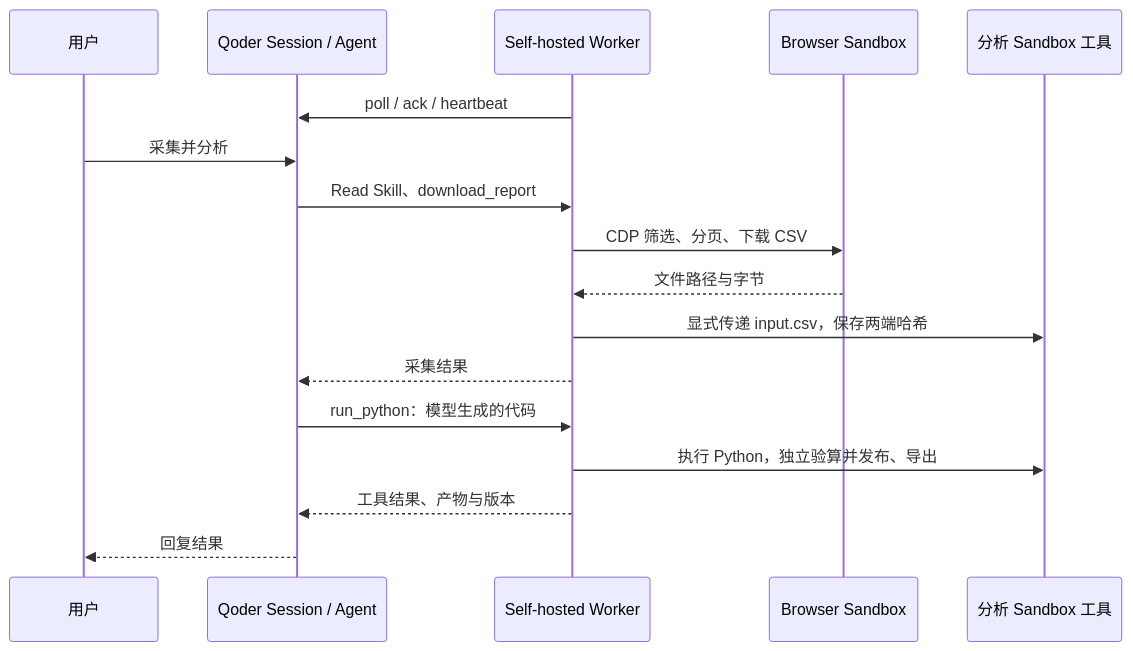
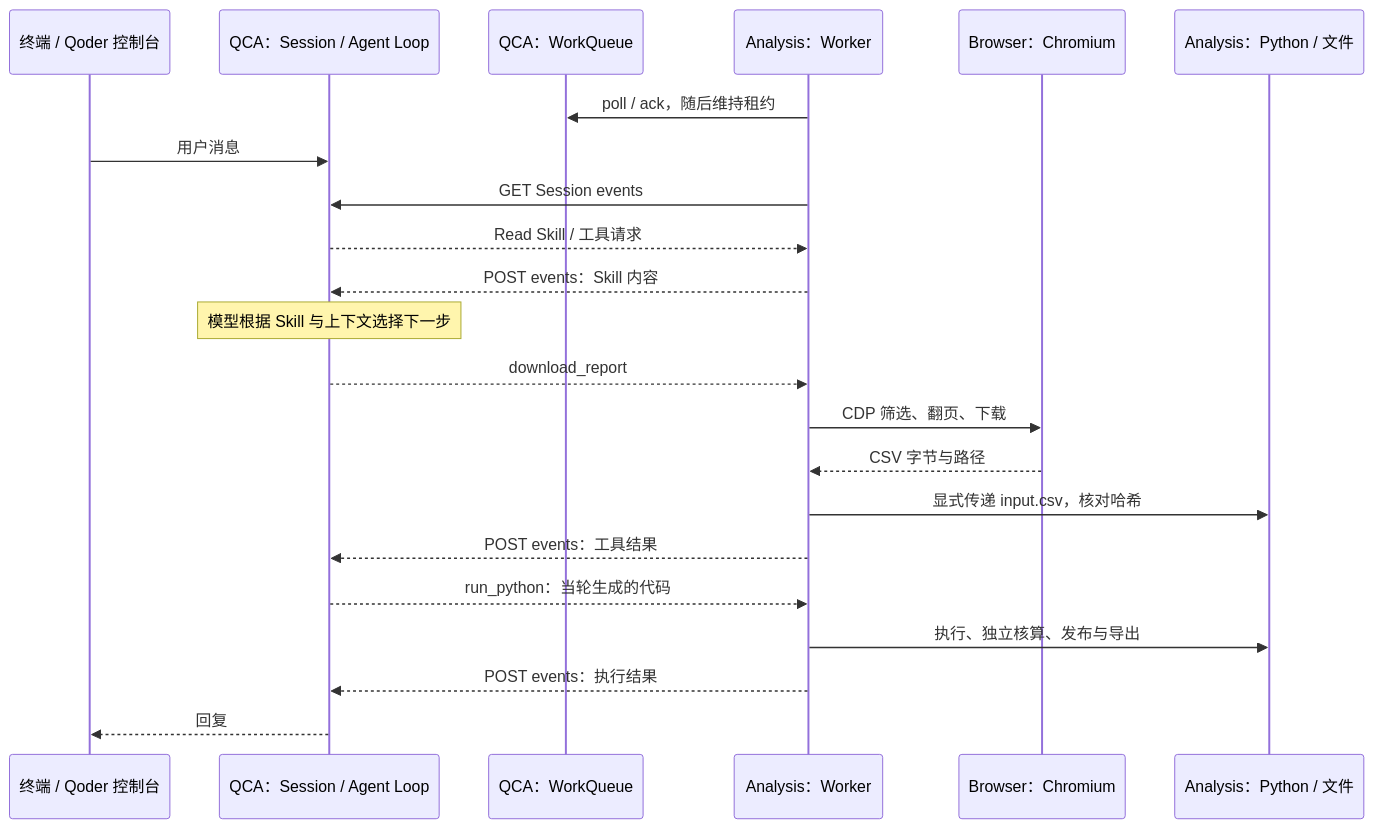
One commit to hongxiaolong/qoder-self-hosted-sandboxes-demo changed the diagram in docs/architecture.md. Above: the diagram before and after it, drawn with Mermaid. The commit also changed other lines of this file and 84 other files, not shown here.

````diff
--- a/docs/architecture.md
+++ b/docs/architecture.md
@@ -74,19 +7,24 @@
 ```mermaid
 sequenceDiagram
-    participant U as 用户
-    participant Q as Qoder Session / Agent
-    participant W as Self-hosted Worker
-    participant B as Browser Sandbox
-    participant A as 分析 Sandbox 工具
-    W->>Q: poll / ack / heartbeat
-    U->>Q: 采集并分析
-    Q->>W: Read Skill、download_report
-    W->>B: CDP 筛选、分页、下载 CSV
-    B-->>W: 文件路径与字节
-    W->>A: 显式传递 input.csv，保存两端哈希
-    W-->>Q: 采集结果
-    Q->>W: run_python：模型生成的代码
-    W->>A: 执行 Python，独立验算并发布、导出
-    W-->>Q: 工具结果、产物与版本
-    Q-->>U: 回复结果
+    participant U as 终端 / Qoder 控制台
+    participant Q as QCA：Session / Agent Loop
+    participant J as QCA：WorkQueue
+    participant W as Analysis：Worker
+    participant B as Browser：Chromium
+    participant P as Analysis：Python / 文件
+    W->>J: poll / ack，随后维持租约
+    U->>Q: 用户消息
+    W->>Q: GET Session events
+    Q-->>W: Read Skill / 工具请求
+    W-->>Q: POST events：Skill 内容
+    Note over Q: 模型根据 Skill 与上下文选择下一步
+    Q-->>W: download_report
+    W->>B: CDP 筛选、翻页、下载
+    B-->>W: CSV 字节与路径
+    W->>P: 显式传递 input.csv，核对哈希
+    W-->>Q: POST events：工具结果
+    Q-->>W: run_python：当轮生成的代码
+    W->>P: 执行、独立核算、发布与导出
+    W-->>Q: POST events：执行结果
+    Q-->>U: 回复
 ```
````
